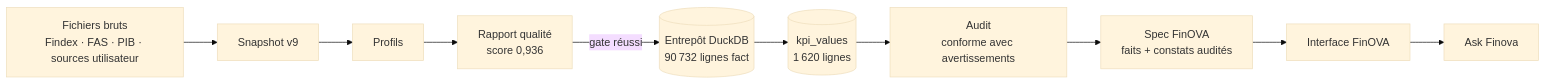
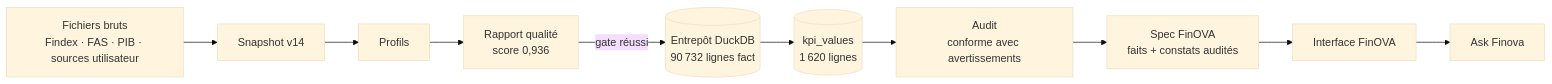
One commit to khalilbenyoussef/data-science-project changed the third of 3 diagrams in docs/deliverables/ARCHITECTURE.md. Above: the diagram before and after it, drawn with Mermaid (base theme). The commit also changed other lines of this file and 5 other files, not shown here.

````diff
--- a/docs/deliverables/ARCHITECTURE.md
+++ b/docs/deliverables/ARCHITECTURE.md
@@ -109,10 +108,10 @@
 ```mermaid
 flowchart LR
-  RAW["Fichiers bruts<br/>Findex · FAS · PIB · sources utilisateur"] --> SNAP["Snapshot v9"]
+  RAW["Fichiers bruts<br/>Findex · FAS · PIB · sources utilisateur"] --> SNAP["Snapshot v14"]
   SNAP --> PROF[Profils] --> QUAL["Rapport qualité<br/>score 0,936"]
   QUAL -->|gate réussi| DW[("Entrepôt DuckDB<br/>90 732 lignes fact")]
   DW --> KPI[("kpi_values<br/>1 620 lignes")]
   KPI --> AUD["Audit<br/>conforme avec avertissements"]
   AUD --> SPEC["Spec FinOVA<br/>faits + constats audités"]
   SPEC --> UI[Interface FinOVA] --> ASK[Ask Finova]
 ```
````
